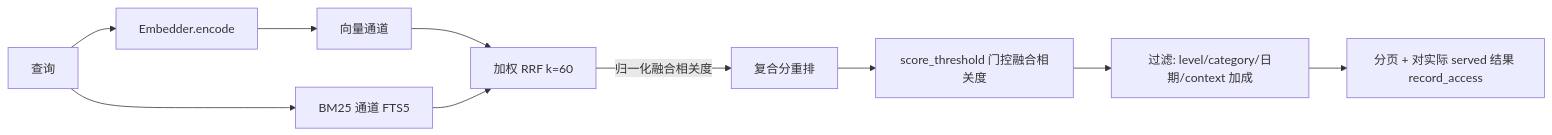
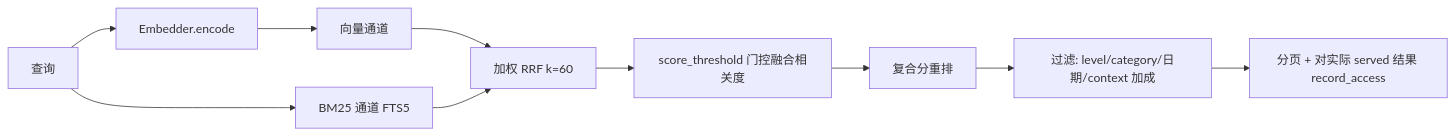
Before and after one commit to TtTRz/MerkurDB: the second of 5 diagrams in docs/ARCHITECTURE_CN.md, drawn with Mermaid. The commit also changed other lines of this file and 11 other files, not shown here.

````diff
--- a/docs/ARCHITECTURE_CN.md
+++ b/docs/ARCHITECTURE_CN.md
@@ -78,12 +96,12 @@
 ```mermaid
 flowchart LR
     Q[查询] --> E[Embedder.encode]
     E --> V[向量通道]
     Q --> B[BM25 通道 FTS5]
     V --> RRF[加权 RRF k=60]
     B --> RRF
-    RRF -->|归一化融合相关度| C[复合分重排]
-    C --> TH[score_threshold 门控融合相关度]
-    TH --> F[过滤: level/category/日期/context 加成]
+    RRF --> TH[score_threshold 门控融合相关度]
+    TH --> C[复合分重排]
+    C --> F[过滤: level/category/日期/context 加成]
     F --> P[分页 + 对实际 served 结果 record_access]
 ```
````
